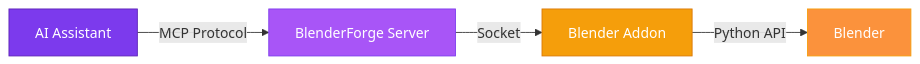
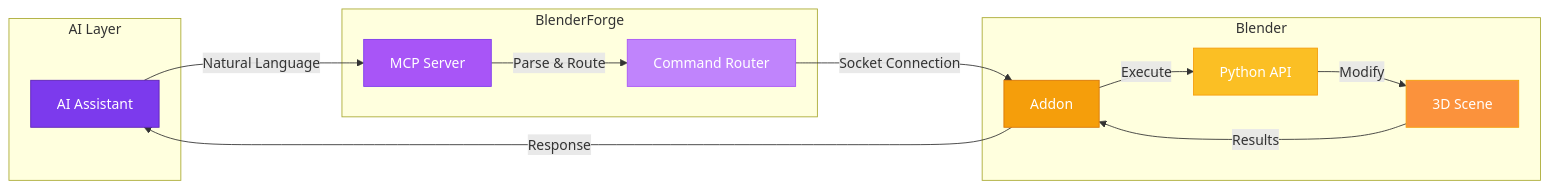
One commit to mithun50/blenderforge changed the diagram in docs/index.md. Above: the diagram before and after it, drawn with Mermaid. The commit also changed other lines of this file and 5 other files, not shown here.

````diff
--- a/docs/index.md
+++ b/docs/index.md
@@ -134,11 +236,32 @@
 ```mermaid
 flowchart LR
-    A[AI Assistant] -->|MCP Protocol| B[BlenderForge Server]
-    B -->|Socket| C[Blender Addon]
-    C -->|Python API| D[Blender]
+    subgraph AI["AI Layer"]
+        A[AI Assistant]
+    end
+
+    subgraph Bridge["BlenderForge"]
+        B[MCP Server]
+        C[Command Router]
+    end
+
+    subgraph Blender["Blender"]
+        D[Addon]
+        E[Python API]
+        F[3D Scene]
+    end
+
+    A -->|"Natural Language"| B
+    B -->|"Parse & Route"| C
+    C -->|"Socket Connection"| D
+    D -->|"Execute"| E
+    E -->|"Modify"| F
+    F -->|"Results"| D
+    D -->|"Response"| A
 
     style A fill:#7c3aed,stroke:#5b21b6,color:#fff
     style B fill:#a855f7,stroke:#7c3aed,color:#fff
-    style C fill:#f59e0b,stroke:#d97706,color:#fff
-    style D fill:#fb923c,stroke:#f59e0b,color:#fff
+    style C fill:#c084fc,stroke:#a855f7,color:#fff
+    style D fill:#f59e0b,stroke:#d97706,color:#fff
+    style E fill:#fbbf24,stroke:#f59e0b,color:#fff
+    style F fill:#fb923c,stroke:#f59e0b,color:#fff
 ```
````
